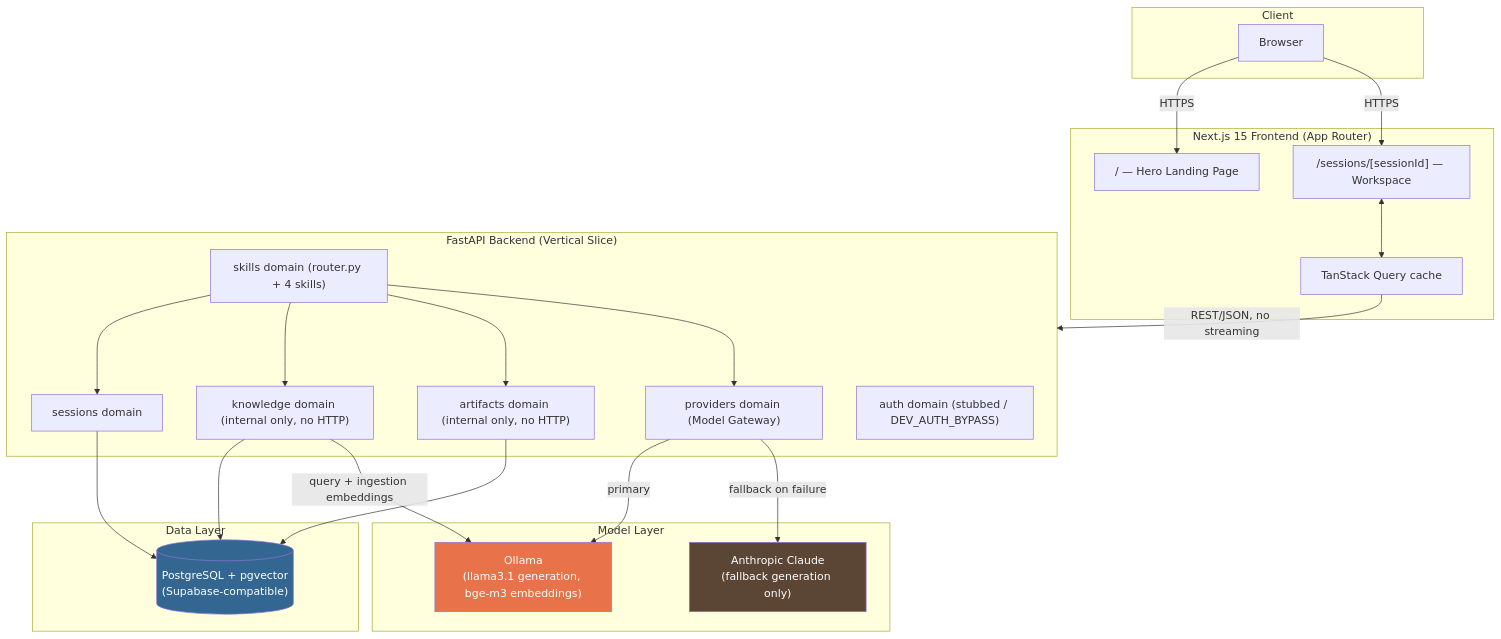
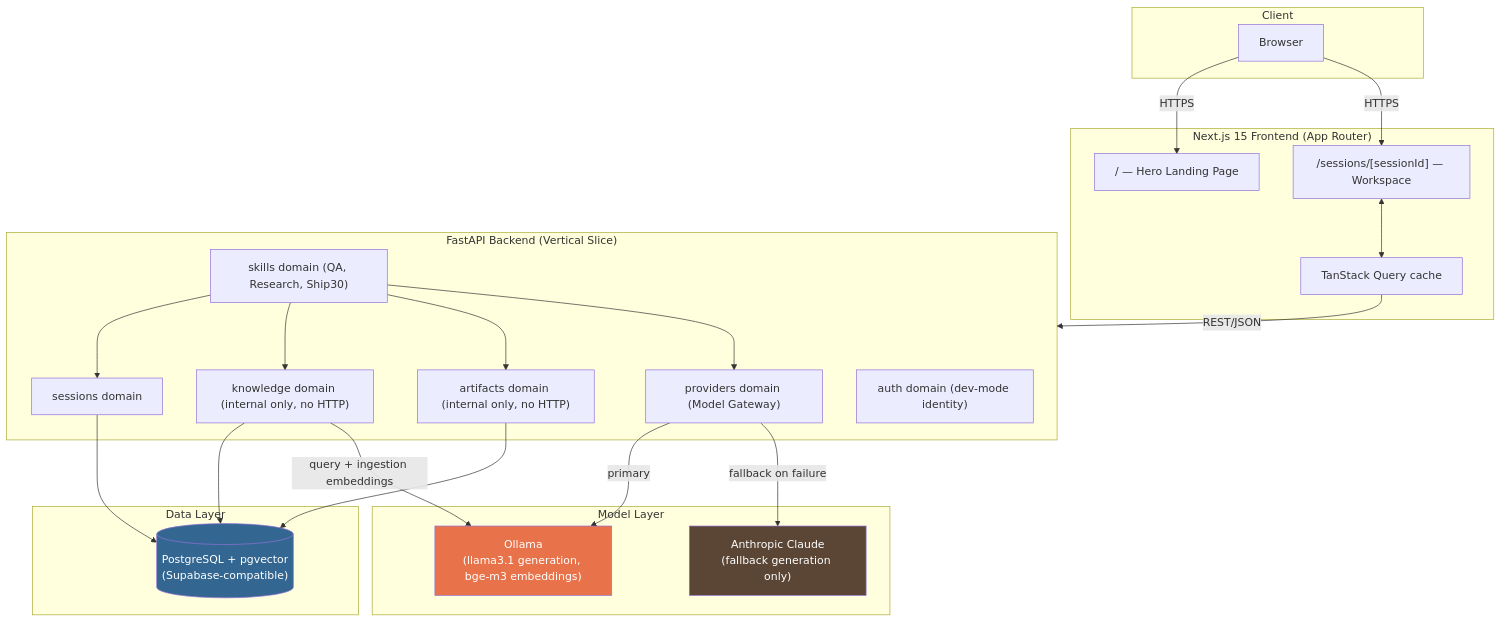
Before and after one commit to Lakshan-21/Lenny-Growth-Assistant: the first of 8 diagrams in README.md, drawn with Mermaid. The commit also changed other lines of this file, not shown here.

Commit message:
Replace broken Mermaid ER diagram with image

````diff
--- a/README.md
+++ b/README.md
@@ -103,50 +103,50 @@
 ```mermaid
 graph TB
     subgraph Client
         Browser["Browser"]
     end
 
     subgraph Frontend["Next.js 15 Frontend (App Router)"]
         Hero["/ — Hero Landing Page"]
         Workspace["/sessions/[sessionId] — Workspace"]
         Query["TanStack Query cache"]
     end
 
     subgraph Backend["FastAPI Backend (Vertical Slice)"]
-        AuthD["auth domain (stubbed / DEV_AUTH_BYPASS)"]
+        AuthD["auth domain (dev-mode identity)"]
         SessD["sessions domain"]
-        SkillsD["skills domain (router.py + 4 skills)"]
+        SkillsD["skills domain (QA, Research, Ship30)"]
         KnowD["knowledge domain (internal only, no HTTP)"]
         ArtD["artifacts domain (internal only, no HTTP)"]
         ProvD["providers domain (Model Gateway)"]
     end
 
     subgraph Data["Data Layer"]
         PG[("PostgreSQL + pgvector\n(Supabase-compatible)")]
     end
 
     subgraph Models["Model Layer"]
         Ollama["Ollama\n(llama3.1 generation, bge-m3 embeddings)"]
         Claude["Anthropic Claude\n(fallback generation only)"]
     end
 
     Browser -->|HTTPS| Hero
     Browser -->|HTTPS| Workspace
     Workspace <--> Query
-    Query -->|REST/JSON, no streaming| Backend
+    Query -->|REST/JSON| Backend
 
     SessD --> PG
     SkillsD --> SessD
     SkillsD --> KnowD
     SkillsD --> ArtD
     SkillsD --> ProvD
     KnowD --> PG
     ArtD --> PG
     ProvD -->|primary| Ollama
     ProvD -->|fallback on failure| Claude
     KnowD -->|query + ingestion embeddings| Ollama
 
     style Ollama fill:#e8734a,color:#fff
     style Claude fill:#5b4636,color:#fff
     style PG fill:#336791,color:#fff
 ```
````
